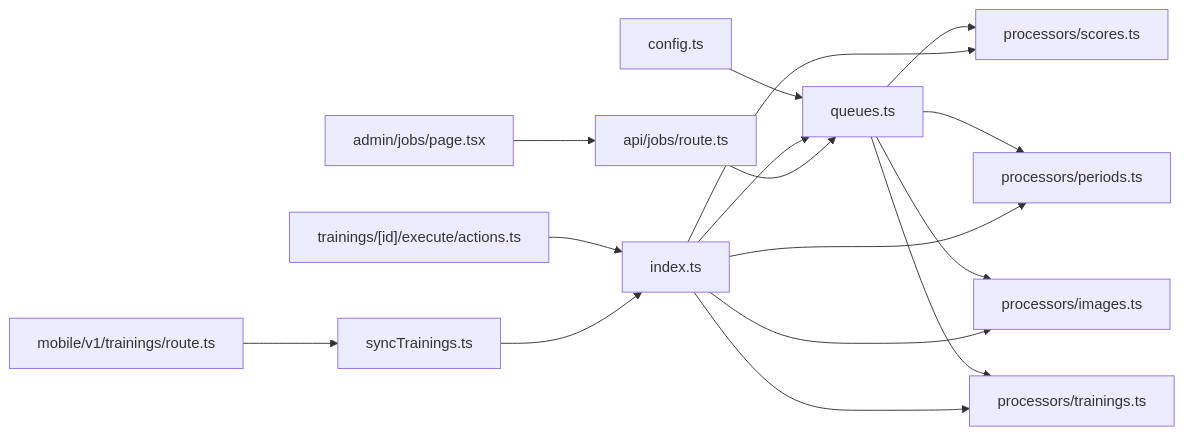
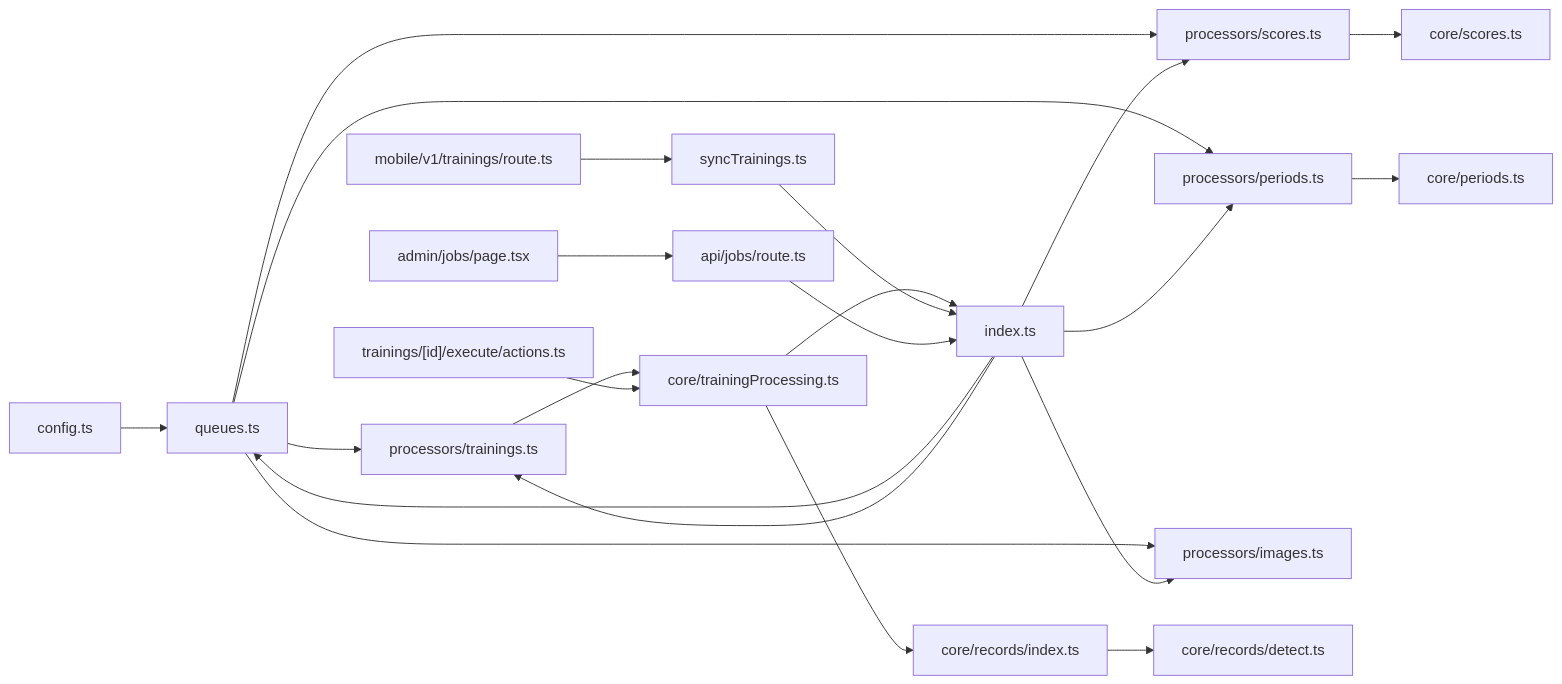
The ninth of 9 diagrams in .qoder/repowiki/en/content/Background Job System.md (Dezzpil/meingym), drawn with Mermaid before and after one commit. The commit also changed other lines of this file and 12 other files, not shown here.

````diff
--- a/.qoder/repowiki/en/content/Background Job System.md
+++ b/.qoder/repowiki/en/content/Background Job System.md
@@ -384,18 +507,24 @@
 ```mermaid
 graph LR
 Config["config.ts"] --> Queues["queues.ts"]
 Queues --> ScoresProc["processors/scores.ts"]
 Queues --> PeriodsProc["processors/periods.ts"]
 Queues --> ImagesProc["processors/images.ts"]
 Queues --> TrainingsProc["processors/trainings.ts"]
 Index["index.ts"] --> Queues
 Index --> ScoresProc
 Index --> PeriodsProc
 Index --> ImagesProc
 Index --> TrainingsProc
-Actions["trainings/[id]/execute/actions.ts"] --> Index
+ScoresProc --> ScoresCore["core/scores.ts"]
+PeriodsProc --> PeriodsCore["core/periods.ts"]
+TrainingsProc --> Core["core/trainingProcessing.ts"]
+Core --> Index
+Core --> Records["core/records/index.ts"]
+Records --> Detect["core/records/detect.ts"]
+Actions["trainings/[id]/execute/actions.ts"] --> Core
 MobileAPI["mobile/v1/trainings/route.ts"] --> Sync["syncTrainings.ts"]
 Sync --> Index
-API["api/jobs/route.ts"] --> Queues
+API["api/jobs/route.ts"] --> Index
 Admin["admin/jobs/page.tsx"] --> API
 ```
````
